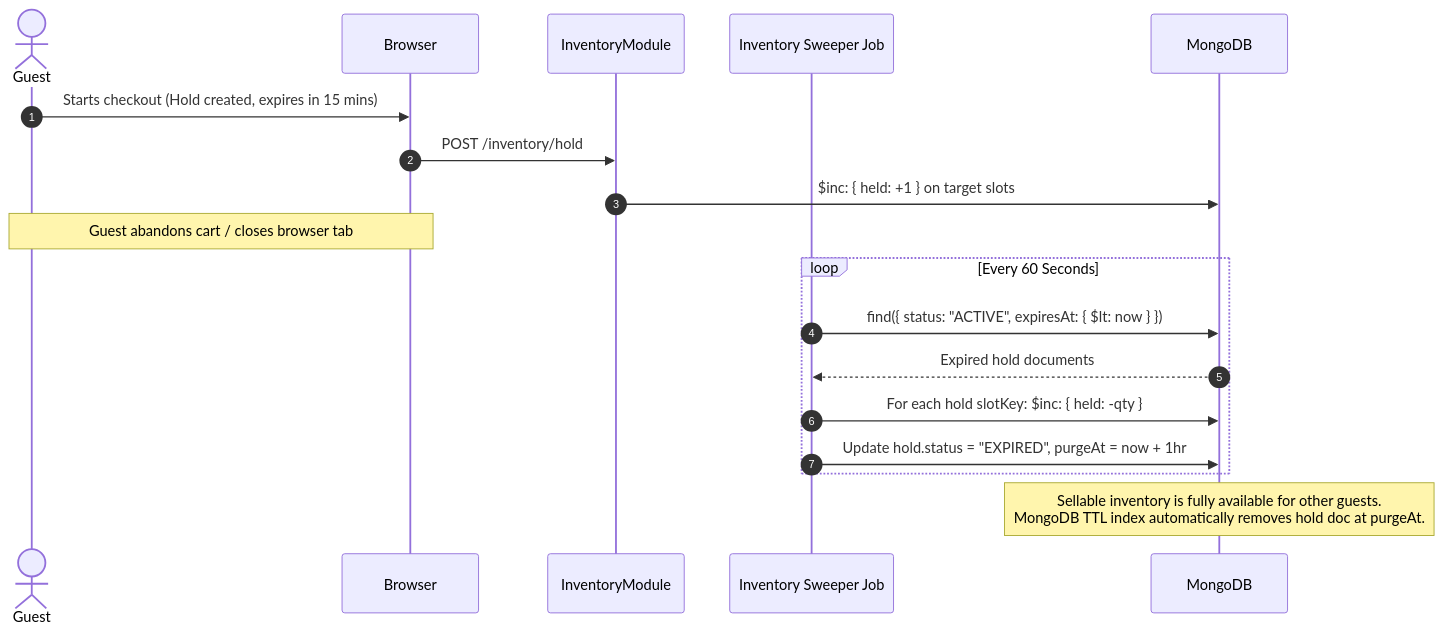
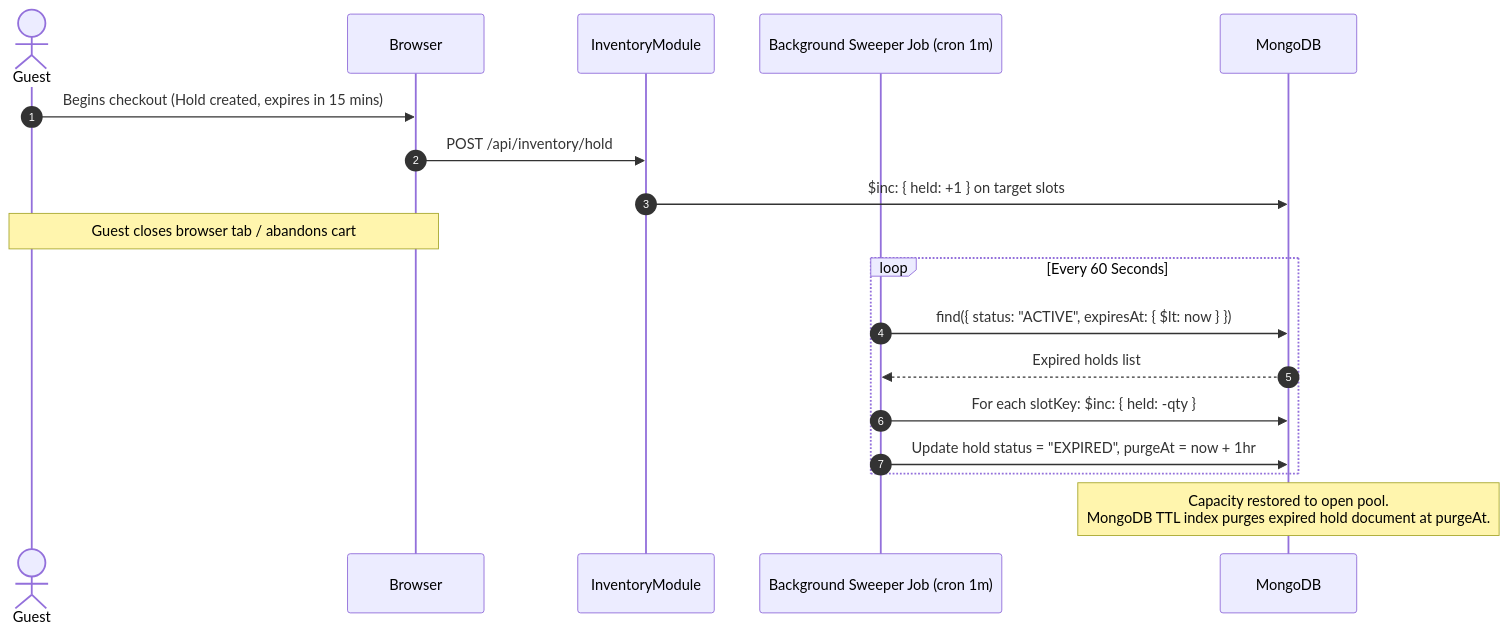
The fourth of 7 diagrams in docs/SYSTEM_FLOWS.md (LynnT-2003/yoonie-frontend), drawn with Mermaid before and after one commit. The commit also changed other lines of this file and 15 other files, not shown here.

````diff
--- a/docs/SYSTEM_FLOWS.md
+++ b/docs/SYSTEM_FLOWS.md
@@ -118,22 +134,22 @@
 ```mermaid
 sequenceDiagram
     autonumber
     actor Guest
     participant Web as Browser
     participant Inv as InventoryModule
-    participant Sweep as Inventory Sweeper Job
+    participant Sweep as Background Sweeper Job (cron 1m)
     participant DB as MongoDB
 
-    Guest->>Web: Starts checkout (Hold created, expires in 15 mins)
-    Web->>Inv: POST /inventory/hold
+    Guest->>Web: Begins checkout (Hold created, expires in 15 mins)
+    Web->>Inv: POST /api/inventory/hold
     Inv->>DB: $inc: { held: +1 } on target slots
-    Note over Guest,Web: Guest abandons cart / closes browser tab
+    Note over Guest,Web: Guest closes browser tab / abandons cart
 
     loop Every 60 Seconds
         Sweep->>DB: find({ status: "ACTIVE", expiresAt: { $lt: now } })
-        DB-->>Sweep: Expired hold documents
-        Sweep->>DB: For each hold slotKey: $inc: { held: -qty }
-        Sweep->>DB: Update hold.status = "EXPIRED", purgeAt = now + 1hr
+        DB-->>Sweep: Expired holds list
+        Sweep->>DB: For each slotKey: $inc: { held: -qty }
+        Sweep->>DB: Update hold status = "EXPIRED", purgeAt = now + 1hr
     end
-    Note over DB: Sellable inventory is fully available for other guests.<br/>MongoDB TTL index automatically removes hold doc at purgeAt.
+    Note over DB: Capacity restored to open pool.<br/>MongoDB TTL index purges expired hold document at purgeAt.
 ```
````
